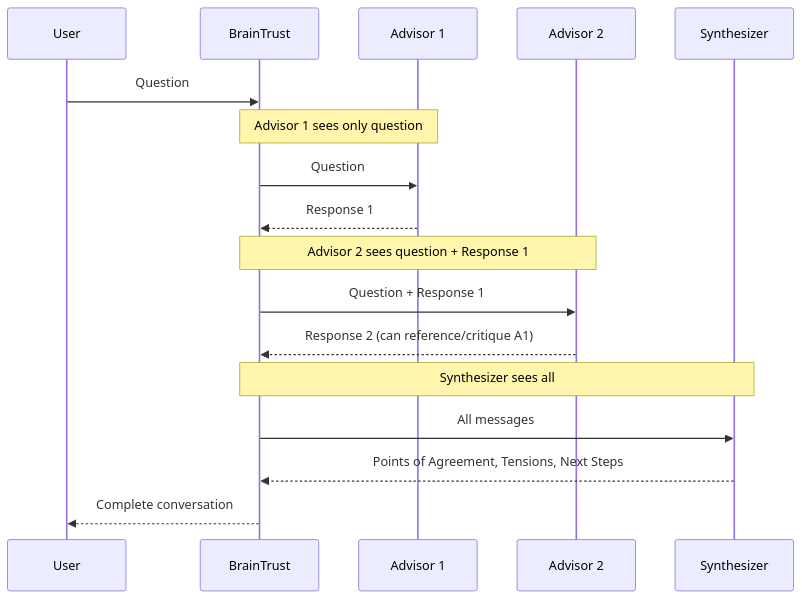
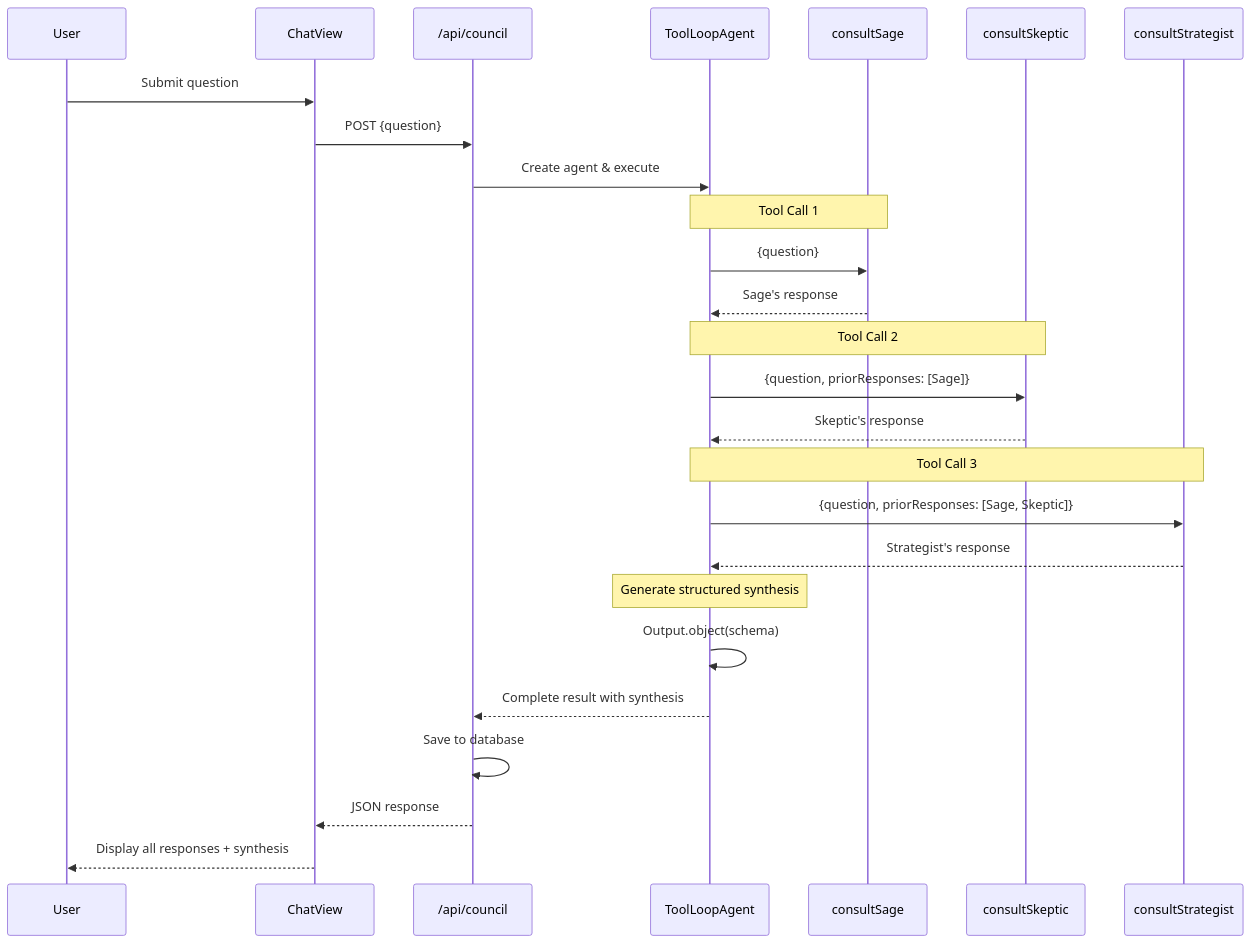
The fourth of 5 diagrams in docs/chat-system.md (danlourenco/ai-council), drawn with Mermaid before and after one commit. The commit also changed other lines of this file and 5 other files, not shown here.

````diff
--- a/docs/chat-system.md
+++ b/docs/chat-system.md
@@ -106,24 +106,34 @@
 ```mermaid
 sequenceDiagram
     participant U as User
-    participant BT as BrainTrust
-    participant A1 as Advisor 1
-    participant A2 as Advisor 2
-    participant S as Synthesizer
+    participant C as ChatView
+    participant E as /api/council
+    participant A as ToolLoopAgent
+    participant T1 as consultSage
+    participant T2 as consultSkeptic
+    participant T3 as consultStrategist
 
-    U->>BT: Question
+    U->>C: Submit question
+    C->>E: POST {question}
+    E->>A: Create agent & execute
 
-    Note over BT,A1: Advisor 1 sees only question
-    BT->>A1: Question
-    A1-->>BT: Response 1
+    Note over A,T1: Tool Call 1
+    A->>T1: {question}
+    T1-->>A: Sage's response
 
-    Note over BT,A2: Advisor 2 sees question + Response 1
-    BT->>A2: Question + Response 1
-    A2-->>BT: Response 2 (can reference/critique A1)
+    Note over A,T2: Tool Call 2
+    A->>T2: {question, priorResponses: [Sage]}
+    T2-->>A: Skeptic's response
 
-    Note over BT,S: Synthesizer sees all
-    BT->>S: All messages
-    S-->>BT: Points of Agreement, Tensions, Next Steps
+    Note over A,T3: Tool Call 3
+    A->>T3: {question, priorResponses: [Sage, Skeptic]}
+    T3-->>A: Strategist's response
 
-    BT-->>U: Complete conversation
+    Note over A: Generate structured synthesis
+    A->>A: Output.object(schema)
+
+    A-->>E: Complete result with synthesis
+    E->>E: Save to database
+    E-->>C: JSON response
+    C-->>U: Display all responses + synthesis
 ```
````
